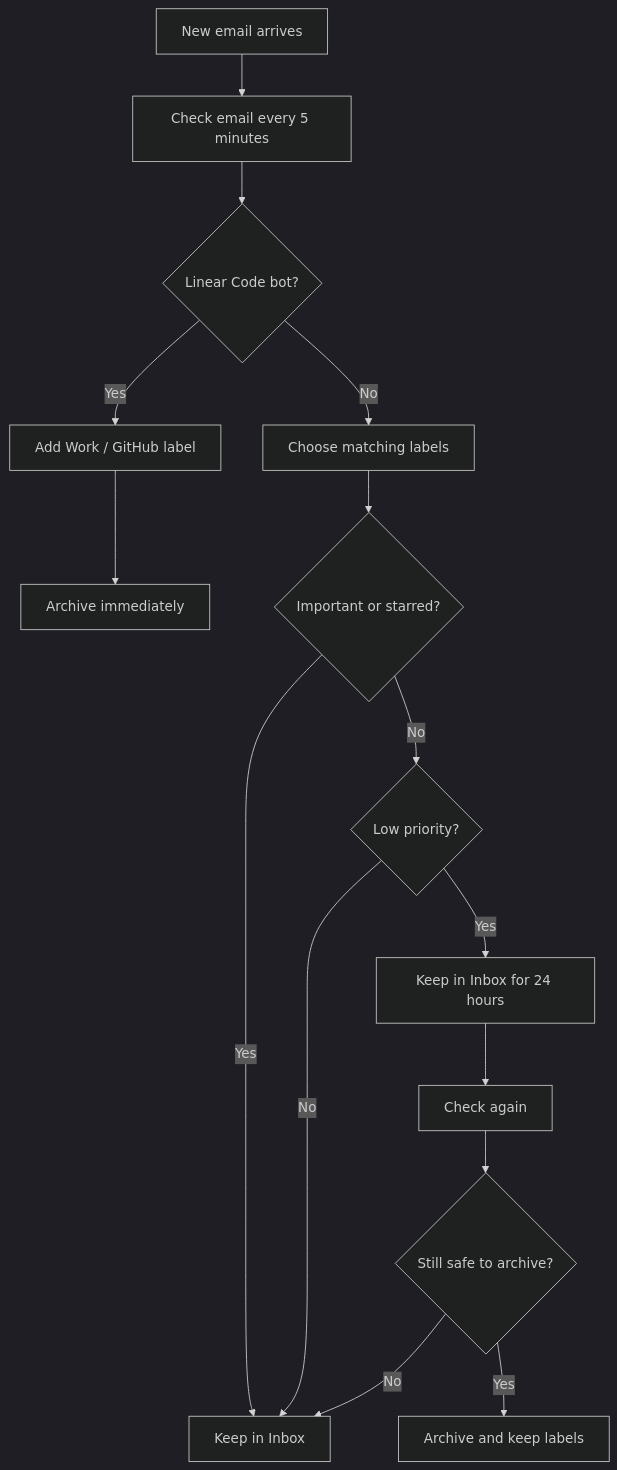
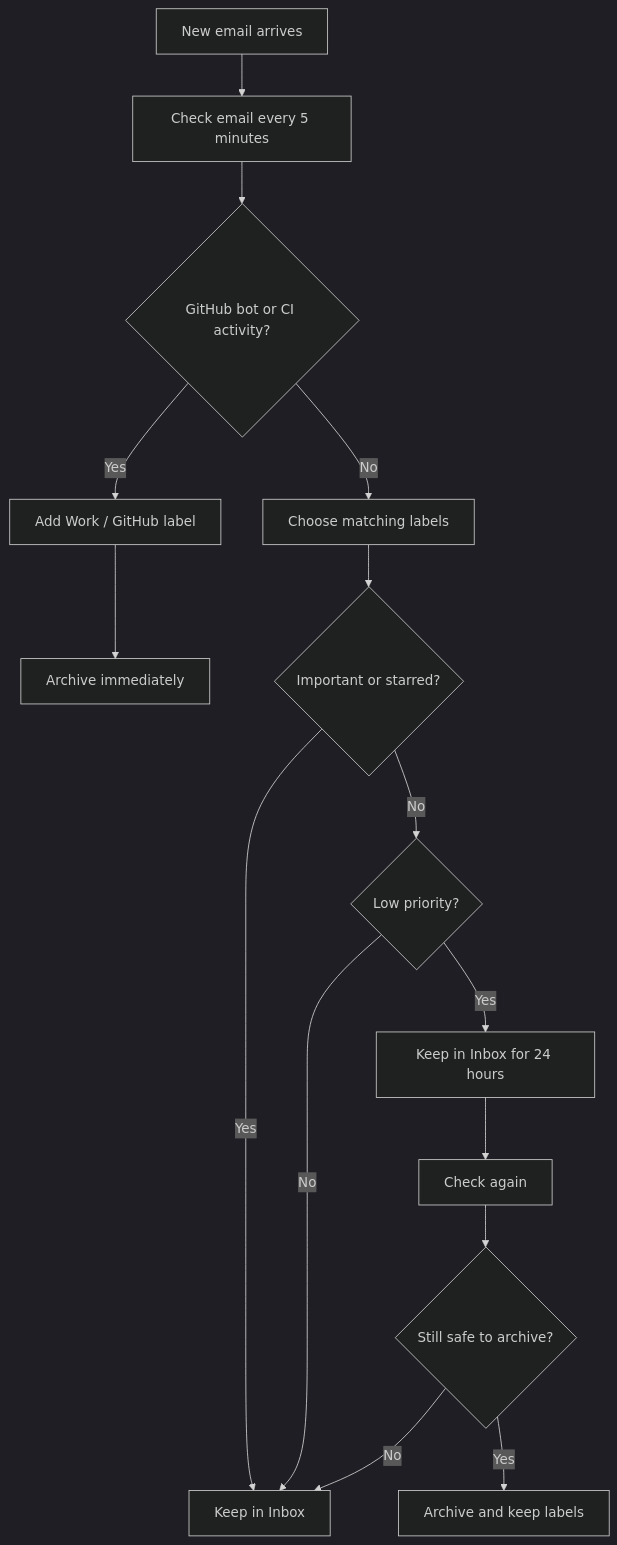
One commit to franciscortez/google-filtering-label changed the diagram in README.md. Above: the diagram before and after it, drawn with Mermaid (dark theme). The commit also changed other lines of this file and 4 other files, not shown here.

Commit message:
feat: archive GitHub bots and CI immediately

````diff
--- a/README.md
+++ b/README.md
@@ -12,17 +12,17 @@
 ```mermaid
 flowchart TD
     A[New email arrives] --> B[Check email every 5 minutes]
-    B --> C{Linear Code bot?}
+    B --> C{GitHub bot or CI activity?}
     C -- Yes --> D[Add Work / GitHub label]
     D --> E[Archive immediately]
     C -- No --> F[Choose matching labels]
     F --> G{Important or starred?}
     G -- Yes --> H[Keep in Inbox]
     G -- No --> I{Low priority?}
     I -- No --> H
     I -- Yes --> J[Keep in Inbox for 24 hours]
     J --> K[Check again]
     K --> L{Still safe to archive?}
     L -- No --> H
     L -- Yes --> M[Archive and keep labels]
 ```
````
